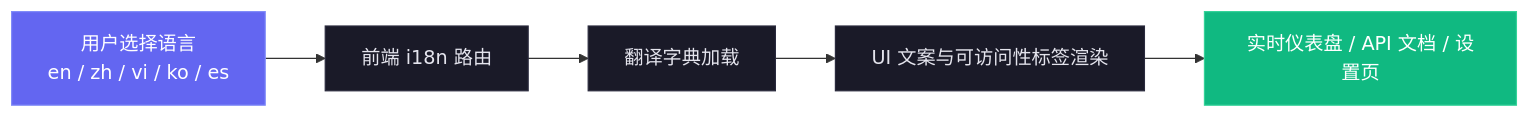
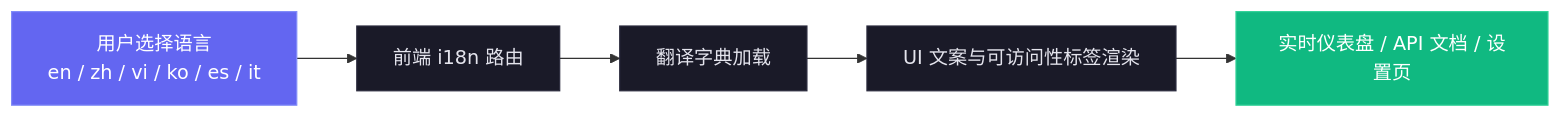
One commit to NikoAuso/Claude-Code-Agent-Monitor changed the second of 22 diagrams in README-CN.md. Above: the diagram before and after it, drawn with Mermaid. The commit also changed other lines of this file and 53 other files, not shown here.

````diff
--- a/README-CN.md
+++ b/README-CN.md
@@ -133,12 +133,12 @@
 ```mermaid
 flowchart LR
-    A["用户选择语言<br/>en / zh / vi / ko / es"] --> B["前端 i18n 路由"]
+    A["用户选择语言<br/>en / zh / vi / ko / es / it"] --> B["前端 i18n 路由"]
     B --> C["翻译字典加载"]
     C --> D["UI 文案与可访问性标签渲染"]
     D --> E["实时仪表盘 / API 文档 / 设置页"]
     style A fill:#6366f1,stroke:#818cf8,color:#fff
     style B fill:#1a1a28,stroke:#2a2a3d,color:#e4e4ed
     style C fill:#1a1a28,stroke:#2a2a3d,color:#e4e4ed
     style D fill:#1a1a28,stroke:#2a2a3d,color:#e4e4ed
     style E fill:#10b981,stroke:#34d399,color:#fff
 ```
````
